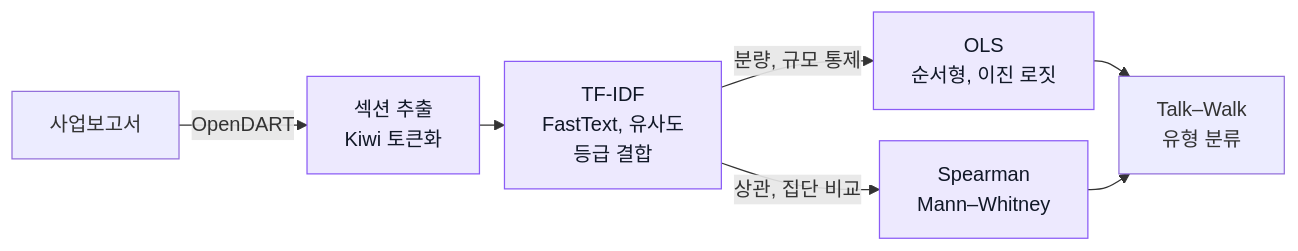
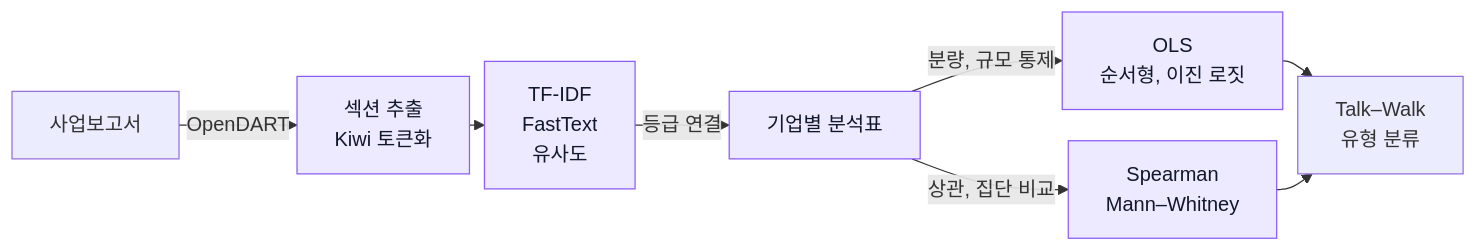
One commit to lcsvvo/ESG-DART-Text-Mining changed the diagram in README.md. Above: the diagram before and after it, drawn with Mermaid.

Commit message:
docs: retain workflow structure with tighter spacing

````diff
--- a/README.md
+++ b/README.md
@@ -52,12 +52,13 @@
 ```mermaid
-%%{init: {"flowchart": {"nodeSpacing": 25, "rankSpacing": 20}}}%%
+%%{init: {"flowchart": {"nodeSpacing": 25, "rankSpacing": 12}}}%%
 flowchart LR
     A["사업보고서"] -->|OpenDART| B["섹션 추출<br/>Kiwi 토큰화"]
-    B --> C["TF-IDF<br/>FastText, 유사도<br/>등급 결합"]
-    C -->|분량, 규모 통제| E["OLS<br/>순서형, 이진 로짓"]
-    C -->|상관, 집단 비교| F["Spearman<br/>Mann–Whitney"]
+    B --> C["TF-IDF<br/>FastText<br/>유사도"]
+    C -->|등급 연결| D["기업별 분석표"]
+    D -->|분량, 규모 통제| E["OLS<br/>순서형, 이진 로짓"]
+    D -->|상관, 집단 비교| F["Spearman<br/>Mann–Whitney"]
     E --> G["Talk–Walk<br/>유형 분류"]
     F --> G
     classDef step fill:#ede9fe,stroke:#8b5cf6,color:#111827;
-    class B,C,E,F step;
+    class B,C,D,E,F step;
 ```
````
